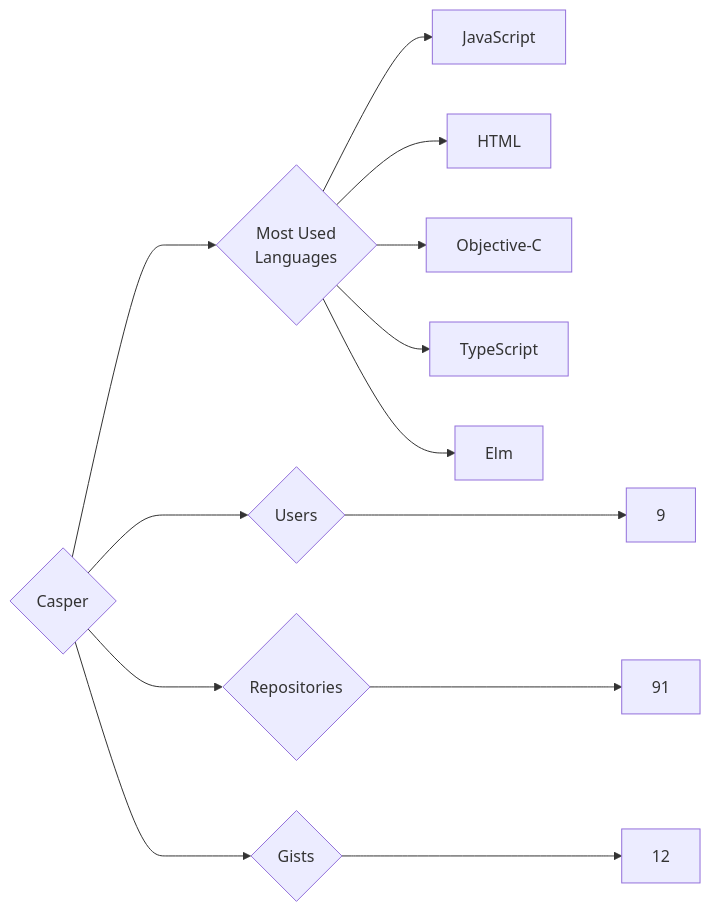
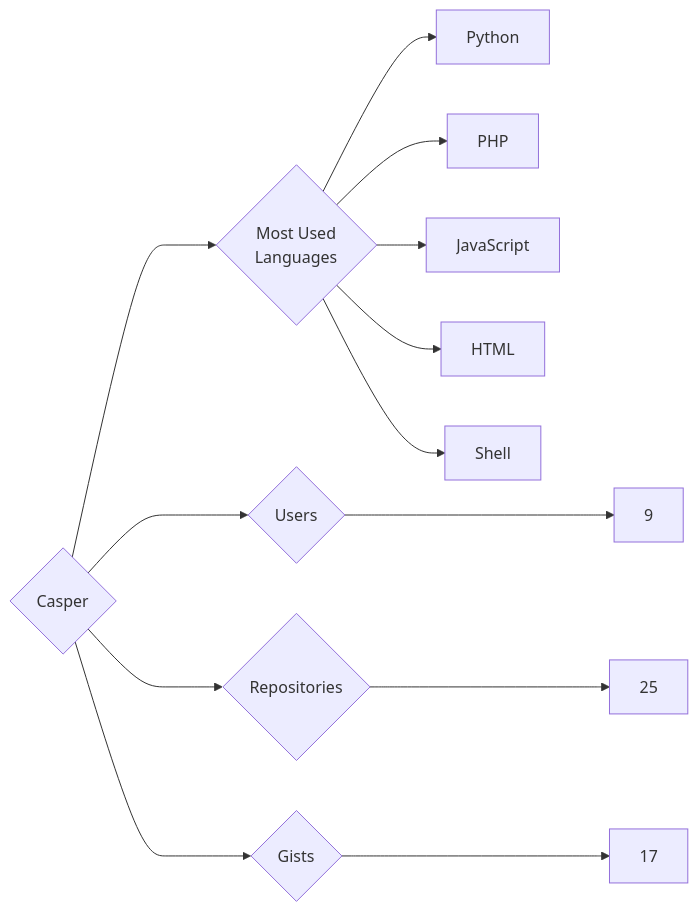
One commit to trickest/insiders changed the diagram in targets/Casper/README.md. Above: the diagram before and after it, drawn with Mermaid. The commit also changed 569 other files, not shown here.

````diff
--- a/targets/Casper/README.md
+++ b/targets/Casper/README.md
@@ -3,13 +3,13 @@
 ```mermaid
 graph LR
 COMPANY_NAME{Casper}
 COMPANY_NAME ---> U{Users} ---> UN[9]
-COMPANY_NAME ---> R{Repositories} ---> RN[91]
-COMPANY_NAME ---> G{Gists} ---> GN[12]
+COMPANY_NAME ---> R{Repositories} ---> RN[25]
+COMPANY_NAME ---> G{Gists} ---> GN[17]
 COMPANY_NAME ---> ML{Most Used<br>Languages}
+ML --> Python[Python]
+ML --> PHP[PHP]
 ML --> JavaScript[JavaScript]
 ML --> HTML[HTML]
-ML --> Objective-C[Objective-C]
-ML --> TypeScript[TypeScript]
-ML --> Elm[Elm]
+ML --> Shell[Shell]
 ```
````
